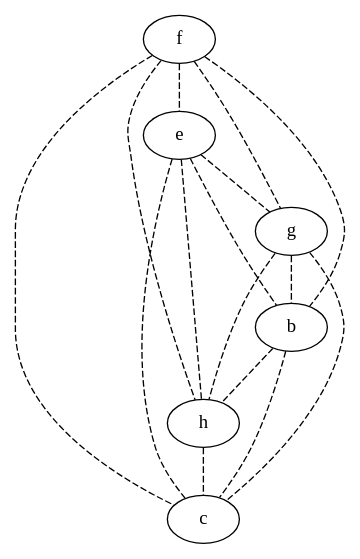
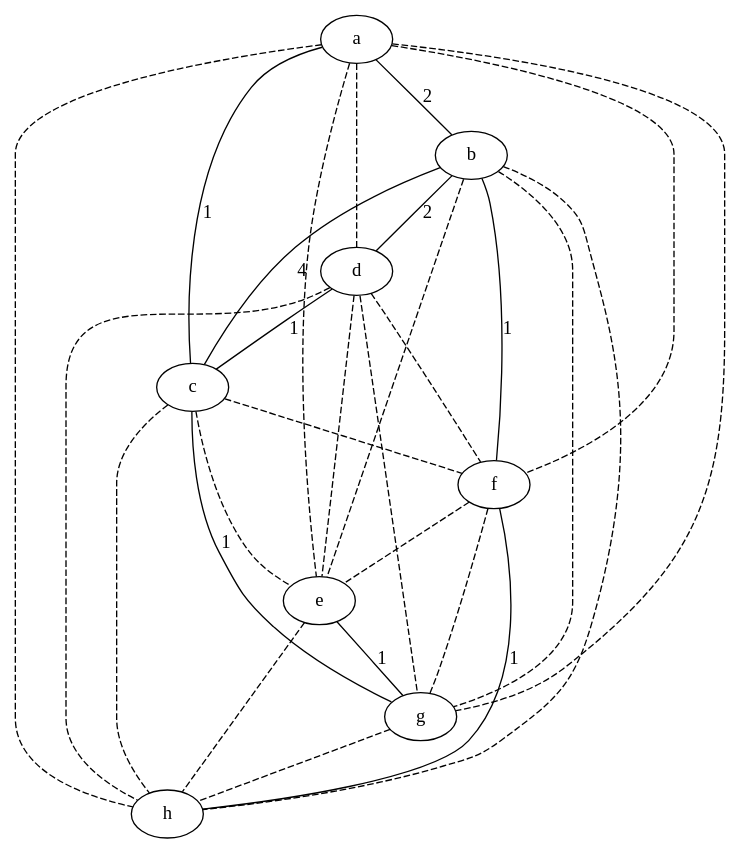
One commit to lrodrin/TFG changed the diagram in src/extension/plainGraph.dot. Above: the diagram before and after it, drawn with Graphviz. The commit also changed 36 other files, not shown here.

```diff
--- a/src/extension/plainGraph.dot
+++ b/src/extension/plainGraph.dot
@@ -1,23 +1,38 @@
 strict graph "" {
+a;
+b;
+d;
+c;
 f;
 e;
 g;
-b;
 h;
-c;
+a -- b  [color=black, label=2, style=solid];
+a -- d  [color=black, style=dashed];
+a -- c  [color=black, label=1, style=solid];
+a -- f  [color=black, style=dashed];
+a -- e  [color=black, style=dashed];
+a -- g  [color=black, style=dashed];
+a -- h  [color=black, style=dashed];
+b -- d  [color=black, label=2, style=solid];
+b -- c  [color=black, label=4, style=solid];
+b -- f  [color=black, label=1, style=solid];
+b -- e  [color=black, style=dashed];
+b -- g  [color=black, style=dashed];
+b -- h  [color=black, style=dashed];
+d -- c  [color=black, label=1, style=solid];
+d -- f  [color=black, style=dashed];
+d -- e  [color=black, style=dashed];
+d -- g  [color=black, style=dashed];
+d -- h  [color=black, style=dashed];
+c -- f  [color=black, style=dashed];
+c -- e  [color=black, style=dashed];
+c -- g  [color=black, label=1, style=solid];
+c -- h  [color=black, style=dashed];
 f -- e  [color=black, style=dashed];
 f -- g  [color=black, style=dashed];
-f -- b  [color=black, style=dashed];
-f -- h  [color=black, style=dashed];
-f -- c  [color=black, style=dashed];
-e -- g  [color=black, style=dashed];
-e -- b  [color=black, style=dashed];
+f -- h  [color=black, label=1, style=solid];
+e -- g  [color=black, label=1, style=solid];
 e -- h  [color=black, style=dashed];
-e -- c  [color=black, style=dashed];
-g -- b  [color=black, style=dashed];
 g -- h  [color=black, style=dashed];
-g -- c  [color=black, style=dashed];
-b -- h  [color=black, style=dashed];
-b -- c  [color=black, style=dashed];
-h -- c  [color=black, style=dashed];
 }
```
